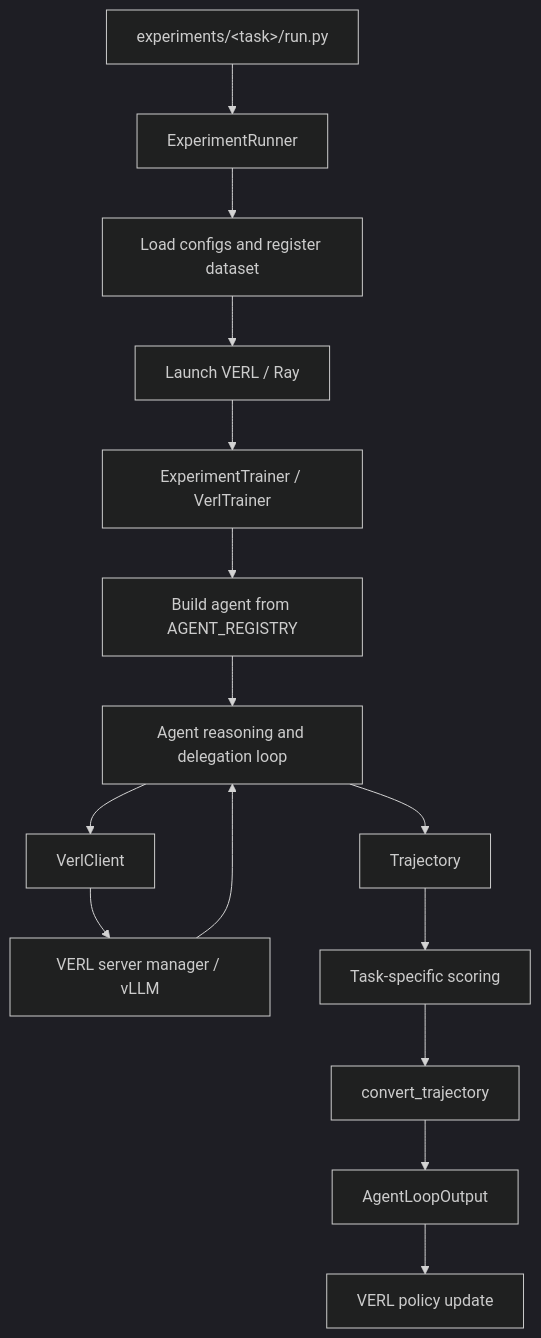
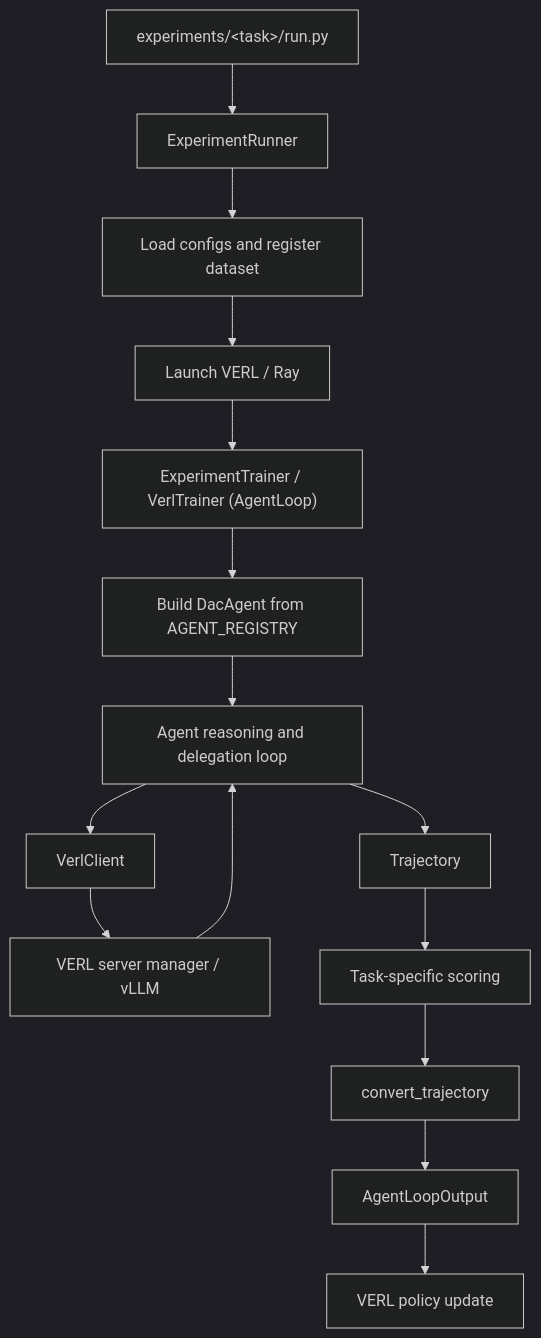
The diagram in README.md (TheGuy42/AgentDaC), drawn with Mermaid (dark theme) before and after one commit.

````diff
--- a/README.md
+++ b/README.md
@@ -59,17 +59,17 @@
 ```mermaid
 flowchart TD
     A["experiments/&lt;task&gt;/run.py"] --> B["ExperimentRunner"]
     B --> C["Load configs and register dataset"]
     C --> D["Launch VERL / Ray"]
-    D --> E["ExperimentTrainer / VerlTrainer"]
-    E --> F["Build agent from AGENT_REGISTRY"]
+    D --> E["ExperimentTrainer / VerlTrainer (AgentLoop)"]
+    E --> F["Build DacAgent from AGENT_REGISTRY"]
     F --> G["Agent reasoning and delegation loop"]
     G --> H["VerlClient"]
     H --> I["VERL server manager / vLLM"]
     I --> G
     G --> J["Trajectory"]
     J --> K["Task-specific scoring"]
     K --> L["convert_trajectory"]
     L --> M["AgentLoopOutput"]
     M --> N["VERL policy update"]
 ```
````
